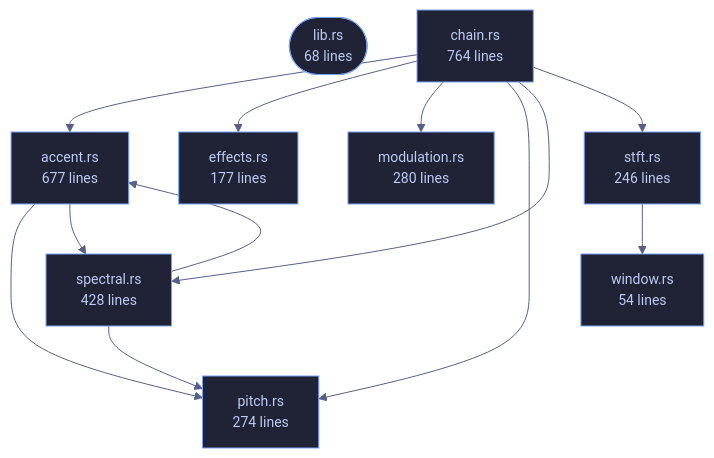
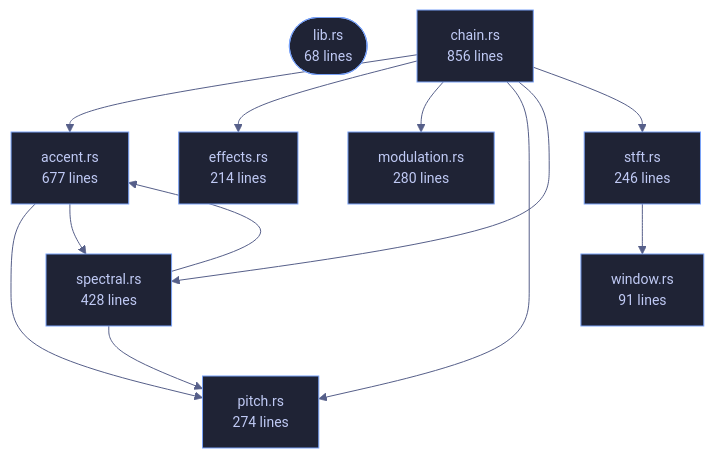
One commit to tilas01/veilvoice changed the diagram in crates/veilvoice-core/README.md. Above: the diagram before and after it, drawn with Mermaid. The commit also changed other lines of this file and 42 other files, not shown here.

````diff
--- a/crates/veilvoice-core/README.md
+++ b/crates/veilvoice-core/README.md
@@ -81,24 +81,24 @@
 ```mermaid
 %%{init: {"theme":"base","themeVariables":{"background":"#1a1b26","primaryColor":"#1f2335","primaryTextColor":"#c0caf5","primaryBorderColor":"#7aa2f7","secondaryColor":"#16161e","tertiaryColor":"#16161e","lineColor":"#565f89","textColor":"#c0caf5","mainBkg":"#1f2335","nodeBorder":"#7aa2f7","clusterBkg":"#16161e","clusterBorder":"#2f3549","fontFamily":"ui-monospace, SFMono-Regular, Consolas, monospace","fontSize":"14px"}}}%%
 flowchart TD
     n_lib(["lib.rs<br/>68 lines"])
     n_accent["accent.rs<br/>677 lines"]
-    n_chain["chain.rs<br/>764 lines"]
-    n_effects["effects.rs<br/>177 lines"]
+    n_chain["chain.rs<br/>856 lines"]
+    n_effects["effects.rs<br/>214 lines"]
     n_modulation["modulation.rs<br/>280 lines"]
     n_pitch["pitch.rs<br/>274 lines"]
     n_spectral["spectral.rs<br/>428 lines"]
     n_stft["stft.rs<br/>246 lines"]
-    n_window["window.rs<br/>54 lines"]
+    n_window["window.rs<br/>91 lines"]
     n_accent --> n_pitch
     n_accent --> n_spectral
     n_chain --> n_accent
     n_chain --> n_effects
     n_chain --> n_modulation
     n_chain --> n_pitch
     n_chain --> n_spectral
     n_chain --> n_stft
     n_spectral --> n_accent
     n_spectral --> n_pitch
     n_stft --> n_window
 ```
````
